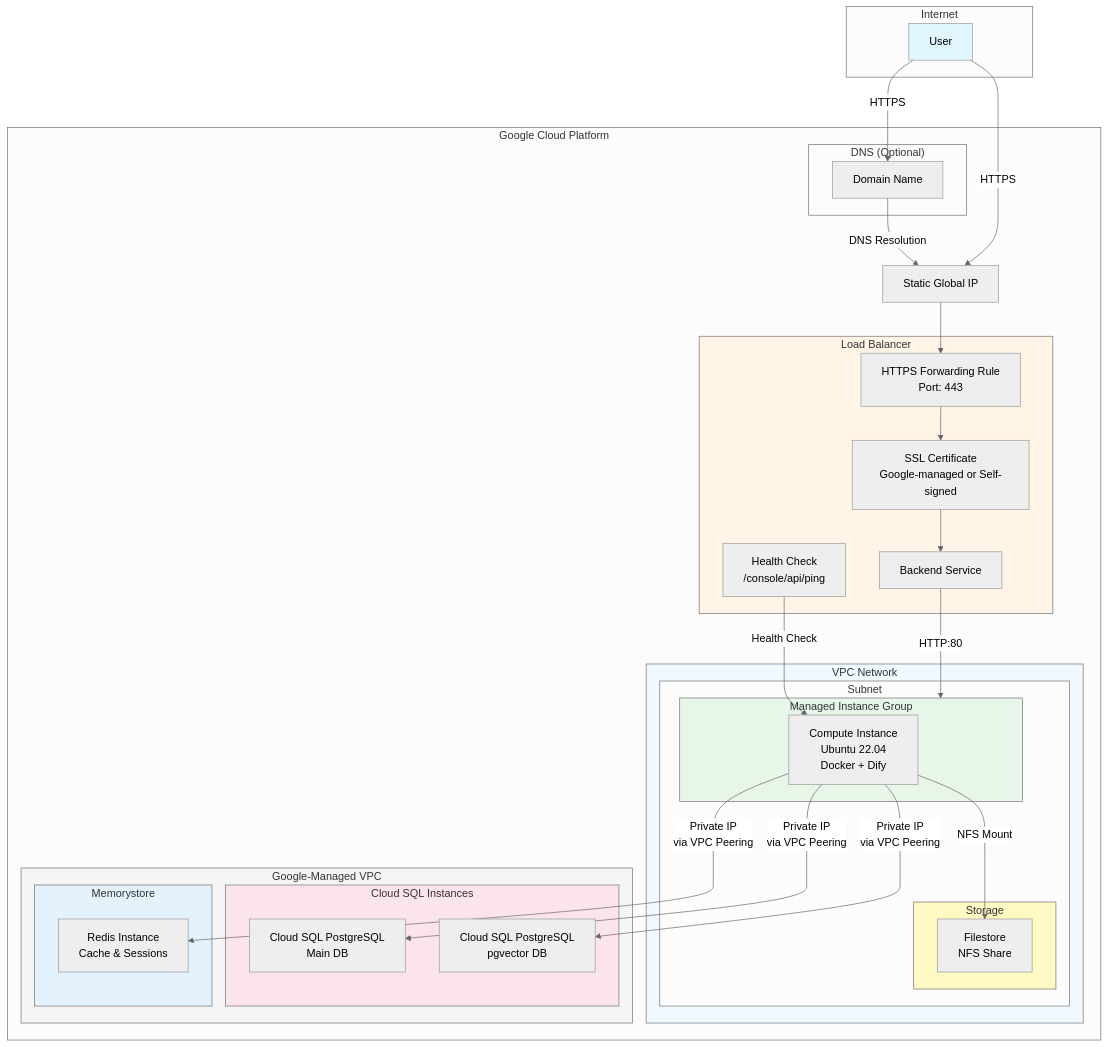
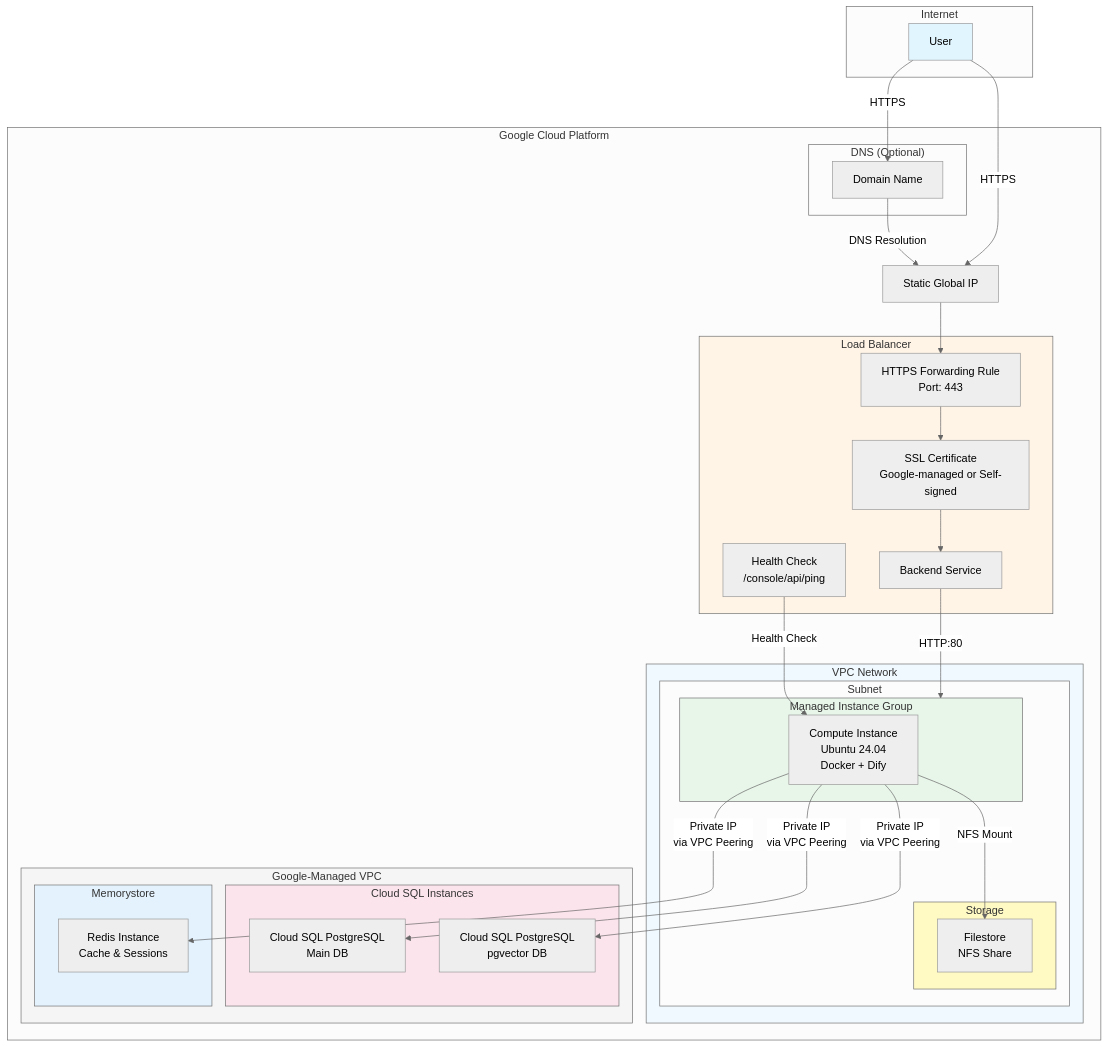
One commit to IMOKURI/dify-on-google-cloud changed the diagram in README.md. Above: the diagram before and after it, drawn with Mermaid (neutral theme).

Commit message:
docs: fix ubuntu version

````diff
--- a/README.md
+++ b/README.md
@@ -62,67 +62,67 @@
 ```mermaid
 graph TB
     subgraph Internet["Internet"]
         User[User]
     end
 
     subgraph GCP["Google Cloud Platform"]
         subgraph DNS["DNS (Optional)"]
             Domain[Domain Name]
         end
 
         LB_IP[Static Global IP]
 
         subgraph LB["Load Balancer"]
             HTTPS[HTTPS Forwarding Rule<br/>Port: 443]
             SSL[SSL Certificate<br/>Google-managed or Self-signed]
             Backend[Backend Service]
             HC[Health Check<br/>/console/api/ping]
         end
 
         subgraph VPC["VPC Network"]
             subgraph Subnet["Subnet"]
                 subgraph MIG["Managed Instance Group"]
-                    Instance[Compute Instance<br/>Ubuntu 22.04<br/>Docker + Dify]
+                    Instance[Compute Instance<br/>Ubuntu 24.04<br/>Docker + Dify]
                 end
 
                 subgraph Storage["Storage"]
                     FS[Filestore<br/>NFS Share]
                 end
             end
         end
 
         subgraph GoogleManaged["Google-Managed VPC"]
             subgraph Database["Cloud SQL Instances"]
                 SQL1[Cloud SQL PostgreSQL<br/>Main DB]
                 SQL2[Cloud SQL PostgreSQL<br/>pgvector DB]
             end
 
             subgraph Cache["Memorystore"]
                 REDIS[Redis Instance<br/>Cache & Sessions]
             end
         end
     end
 
     User -->|HTTPS| Domain
     Domain -->|DNS Resolution| LB_IP
     User -->|HTTPS| LB_IP
     LB_IP --> HTTPS
     HTTPS --> SSL
     SSL --> Backend
     Backend -->|HTTP:80| MIG
     HC -->|Health Check| Instance
 
     Instance -->|NFS Mount| FS
     Instance -->|Private IP<br/>via VPC Peering| SQL1
     Instance -->|Private IP<br/>via VPC Peering| SQL2
     Instance -->|Private IP<br/>via VPC Peering| REDIS
 
     style User fill:#e1f5ff
     style LB fill:#fff4e6
     style VPC fill:#f0f9ff
     style MIG fill:#e8f5e9
     style Database fill:#fce4ec
     style Cache fill:#e3f2fd
     style GoogleManaged fill:#f5f5f5
     style Storage fill:#fff9c4
 ```
````
